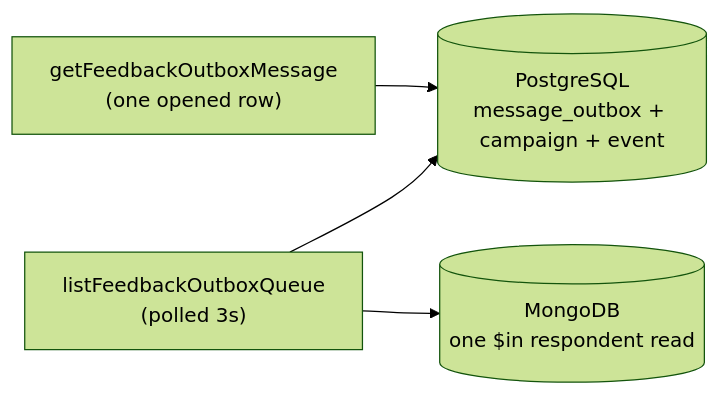
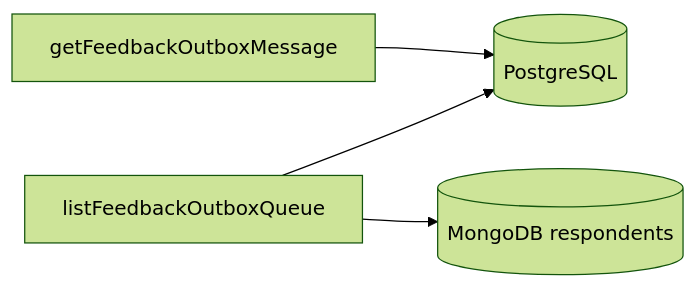
Before and after one commit to johnakisk0700/slopform: the diagram in docs/frontend/feedback-outbound-queue.md, drawn with Mermaid (forest theme). The commit also changed other lines of this file and 42 other files, not shown here.

````diff
--- a/docs/frontend/feedback-outbound-queue.md
+++ b/docs/frontend/feedback-outbound-queue.md
@@ -109,6 +59,6 @@
 ```mermaid
 flowchart LR
-  list["listFeedbackOutboxQueue\n(polled 3s)"] --> pg[(PostgreSQL\nmessage_outbox + campaign + event)]
-  list --> mongo[(MongoDB\none $in respondent read)]
-  row["getFeedbackOutboxMessage\n(one opened row)"] --> pg
+  list["listFeedbackOutboxQueue"] --> pg[(PostgreSQL)]
+  list --> mongo[(MongoDB respondents)]
+  row["getFeedbackOutboxMessage"] --> pg
 ```
````
